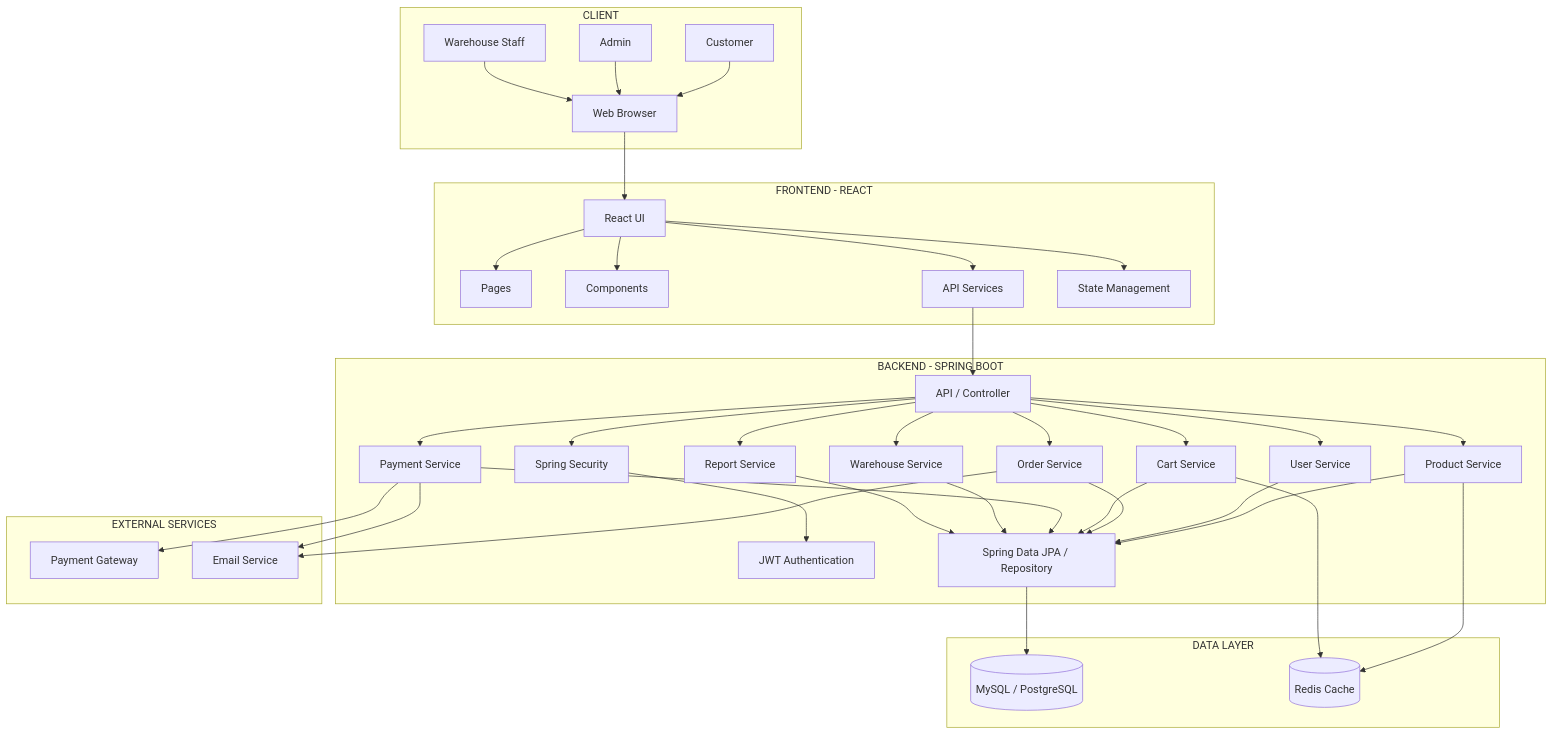
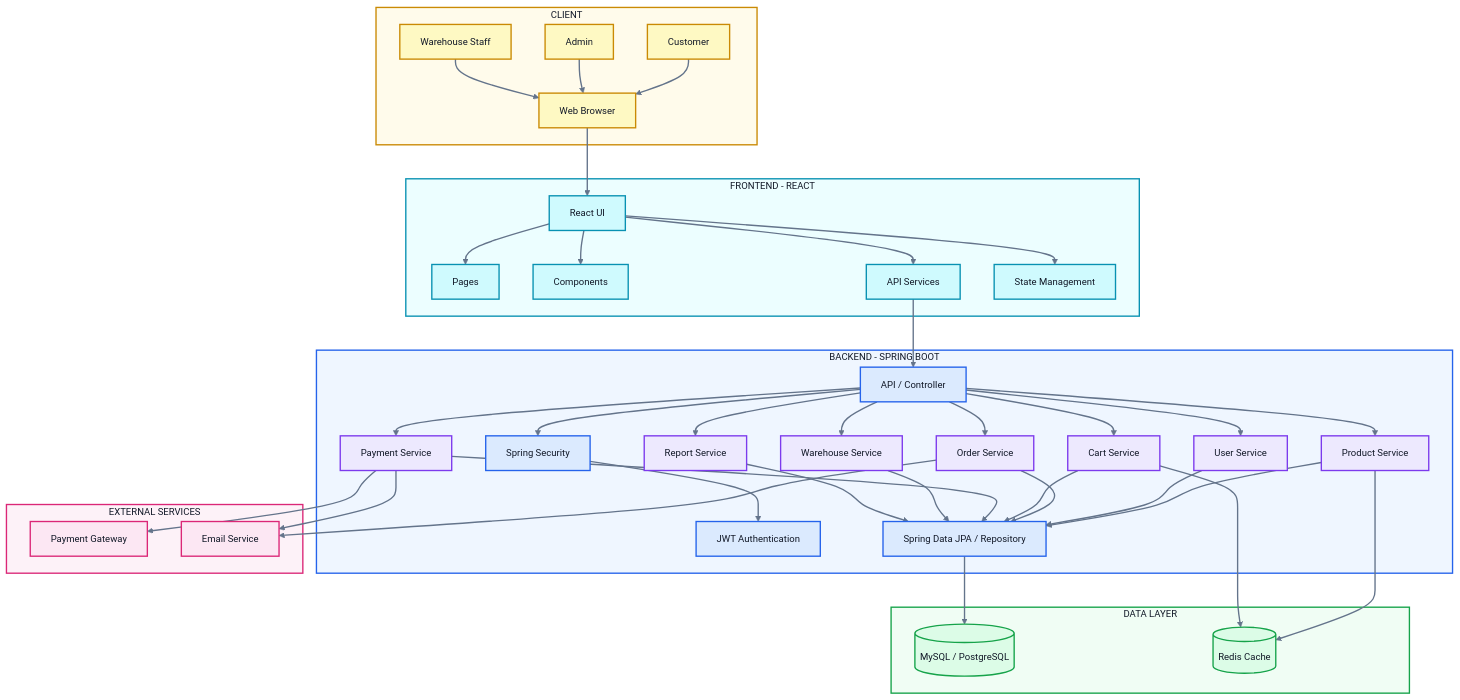
Before and after one commit to Daovinh05/Sales-Management-N6TT27: the diagram in mermaid/03-system-architecture.mmd, drawn with Mermaid. The commit also changed 3 other files, not shown here.

First line of the commit message:
docs(mermaid): làm sáng màu sơ đồ dễ nhìn hơn

```diff
--- a/mermaid/03-system-architecture.mmd
+++ b/mermaid/03-system-architecture.mmd
@@ -1,126 +1,155 @@
+%%{init: {'theme': 'base', 'themeVariables': {'background': '#FFFFFF', 'primaryColor': '#FFFFFF', 'primaryTextColor': '#111827', 'primaryBorderColor': '#3B82F6', 'lineColor': '#64748B', 'textColor': '#111827', 'fontSize': '14px'}}}%%
 flowchart TB
+
+    %% =========================
+    %% BRIGHT THEME
+    %% =========================
+    classDef client fill:#FEF9C3,stroke:#CA8A04,stroke-width:2px,color:#111827;
+    classDef frontend fill:#CFFAFE,stroke:#0891B2,stroke-width:2px,color:#111827;
+    classDef backend fill:#DBEAFE,stroke:#2563EB,stroke-width:2px,color:#111827;
+    classDef service fill:#EDE9FE,stroke:#7C3AED,stroke-width:2px,color:#111827;
+    classDef data fill:#DCFCE7,stroke:#16A34A,stroke-width:2px,color:#111827;
+    classDef external fill:#FCE7F3,stroke:#DB2777,stroke-width:2px,color:#111827;
 
     %% ==========================================
     %% CLIENT
     %% ==========================================
 
     subgraph CLIENT["CLIENT"]
         Customer["Customer"]
         Admin["Admin"]
         Warehouse["Warehouse Staff"]
 
         Browser["Web Browser"]
 
         Customer --> Browser
         Admin --> Browser
         Warehouse --> Browser
     end
 
 
     %% ==========================================
     %% FRONTEND
     %% ==========================================
 
     subgraph FRONTEND["FRONTEND - REACT"]
 
         UI["React UI"]
 
         Pages["Pages"]
         Components["Components"]
         Services["API Services"]
         State["State Management"]
 
         UI --> Pages
         UI --> Components
         UI --> Services
         UI --> State
 
     end
 
 
     %% ==========================================
     %% BACKEND
     %% ==========================================
 
     subgraph BACKEND["BACKEND - SPRING BOOT"]
 
         Gateway["API / Controller"]
 
         Security["Spring Security"]
         JWT["JWT Authentication"]
 
         ProductService["Product Service"]
         UserService["User Service"]
         OrderService["Order Service"]
         CartService["Cart Service"]
         PaymentService["Payment Service"]
         WarehouseService["Warehouse Service"]
         ReportService["Report Service"]
 
         Repository["Spring Data JPA / Repository"]
 
         Gateway --> Security
         Security --> JWT
 
         Gateway --> ProductService
         Gateway --> UserService
         Gateway --> OrderService
         Gateway --> CartService
         Gateway --> PaymentService
         Gateway --> WarehouseService
         Gateway --> ReportService
 
         ProductService --> Repository
         UserService --> Repository
         OrderService --> Repository
         CartService --> Repository
         PaymentService --> Repository
         WarehouseService --> Repository
         ReportService --> Repository
 
     end
 
 
     %% ==========================================
     %% DATABASE
     %% ==========================================
 
     subgraph DATA["DATA LAYER"]
 
         MySQL[("MySQL / PostgreSQL")]
 
         Redis[("Redis Cache")]
 
     end
 
 
     %% ==========================================
     %% EXTERNAL SERVICES
     %% ==========================================
 
     subgraph EXTERNAL["EXTERNAL SERVICES"]
 
         PaymentGateway["Payment Gateway"]
 
         Email["Email Service"]
 
     end
 
 
     %% ==========================================
     %% CONNECTION
     %% ==========================================
 
     Browser --> UI
 
     Services --> Gateway
 
     Repository --> MySQL
 
     ProductService --> Redis
     CartService --> Redis
 
     PaymentService --> PaymentGateway
 
     OrderService --> Email
     PaymentService --> Email
+
+    %% =========================
+    %% APPLY COLORS
+    %% =========================
+    class Customer,Admin,Warehouse,Browser client;
+    class UI,Pages,Components,Services,State frontend;
+    class Gateway,Security,JWT,Repository backend;
+    class ProductService,UserService,OrderService,CartService,PaymentService,WarehouseService,ReportService service;
+    class MySQL,Redis data;
+    class PaymentGateway,Email external;
+
+    style CLIENT fill:#FFFBEB,stroke:#CA8A04,stroke-width:2px,color:#111827;
+    style FRONTEND fill:#ECFEFF,stroke:#0891B2,stroke-width:2px,color:#111827;
+    style BACKEND fill:#EFF6FF,stroke:#2563EB,stroke-width:2px,color:#111827;
+    style DATA fill:#F0FDF4,stroke:#16A34A,stroke-width:2px,color:#111827;
+    style EXTERNAL fill:#FDF2F8,stroke:#DB2777,stroke-width:2px,color:#111827;
+
+    linkStyle default stroke:#64748B,stroke-width:2px;
```
